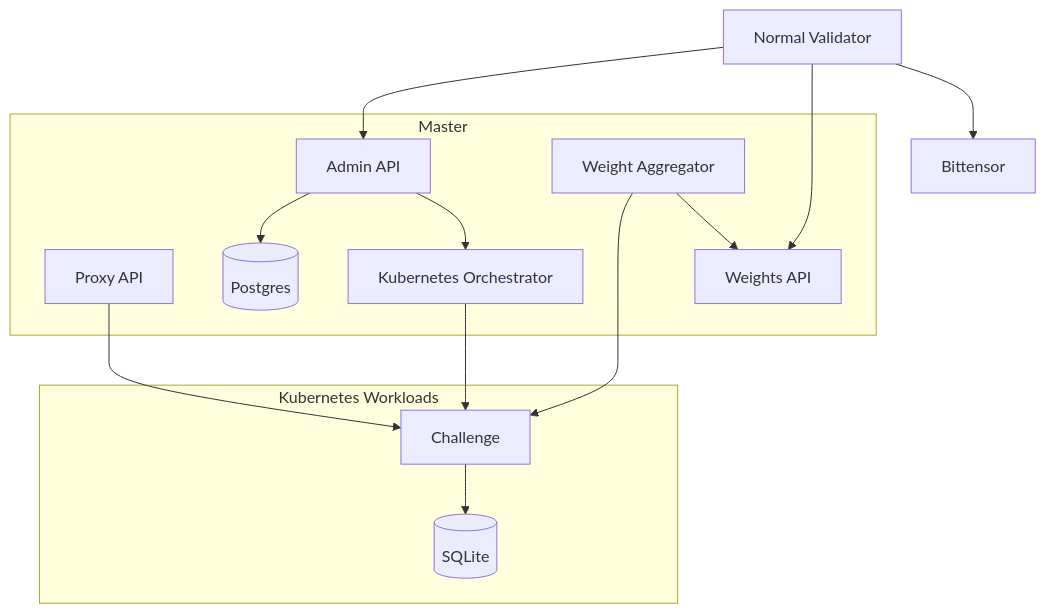
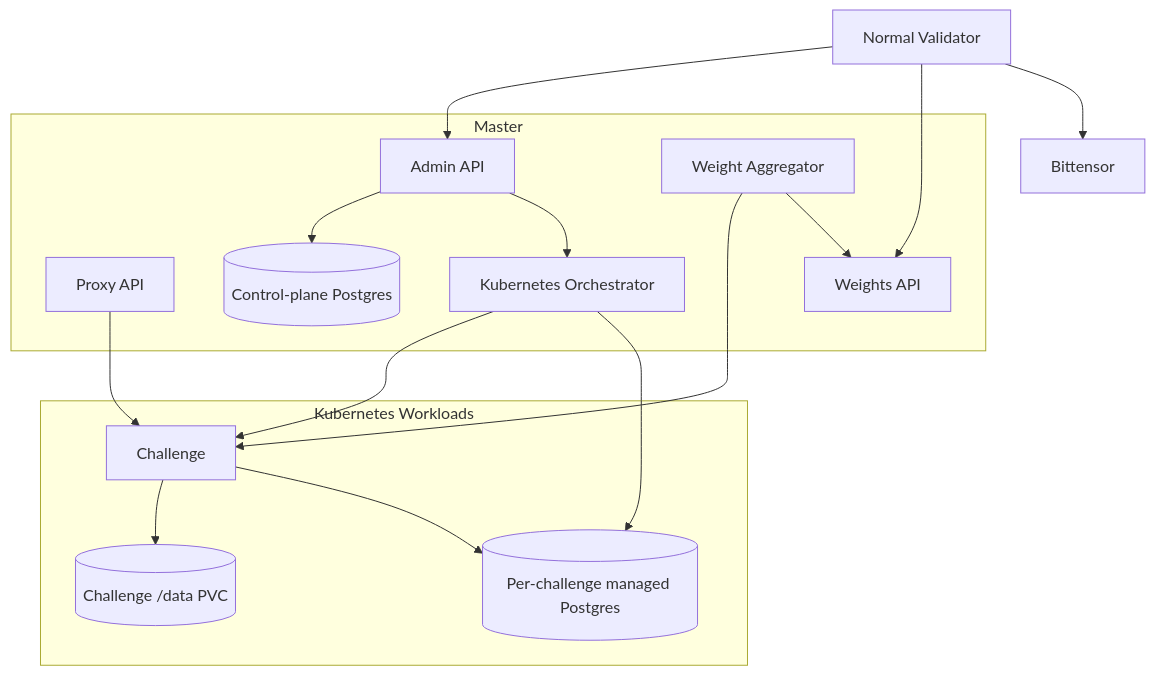
The diagram in docs/architecture.md (PlatformNetwork/platform), drawn with Mermaid before and after one commit. The commit also changed other lines of this file and 6 other files, not shown here.

Commit message:
Document managed challenge Postgres

````diff
--- a/docs/architecture.md
+++ b/docs/architecture.md
@@ -7,25 +7,28 @@
 ```mermaid
 flowchart TB
     subgraph M[Master]
       A[Admin API]
       P[Proxy API]
       O[Kubernetes Orchestrator]
       G[Weight Aggregator]
       W[Weights API]
-      DB[(Postgres)]
+      DB[(Control-plane Postgres)]
     end
     subgraph D[Kubernetes Workloads]
       C1[Challenge]
-      CDB[(SQLite)]
+      DATA[(Challenge /data PVC)]
+      PG[(Per-challenge managed Postgres)]
     end
     V[Normal Validator] --> A
     A --> DB
     A --> O
     P --> C1
     O --> C1
-    C1 --> CDB
+    O --> PG
+    C1 --> DATA
+    C1 --> PG
     G --> C1
     G --> W
     V --> W
     V --> BT[Bittensor]
 ```
````
